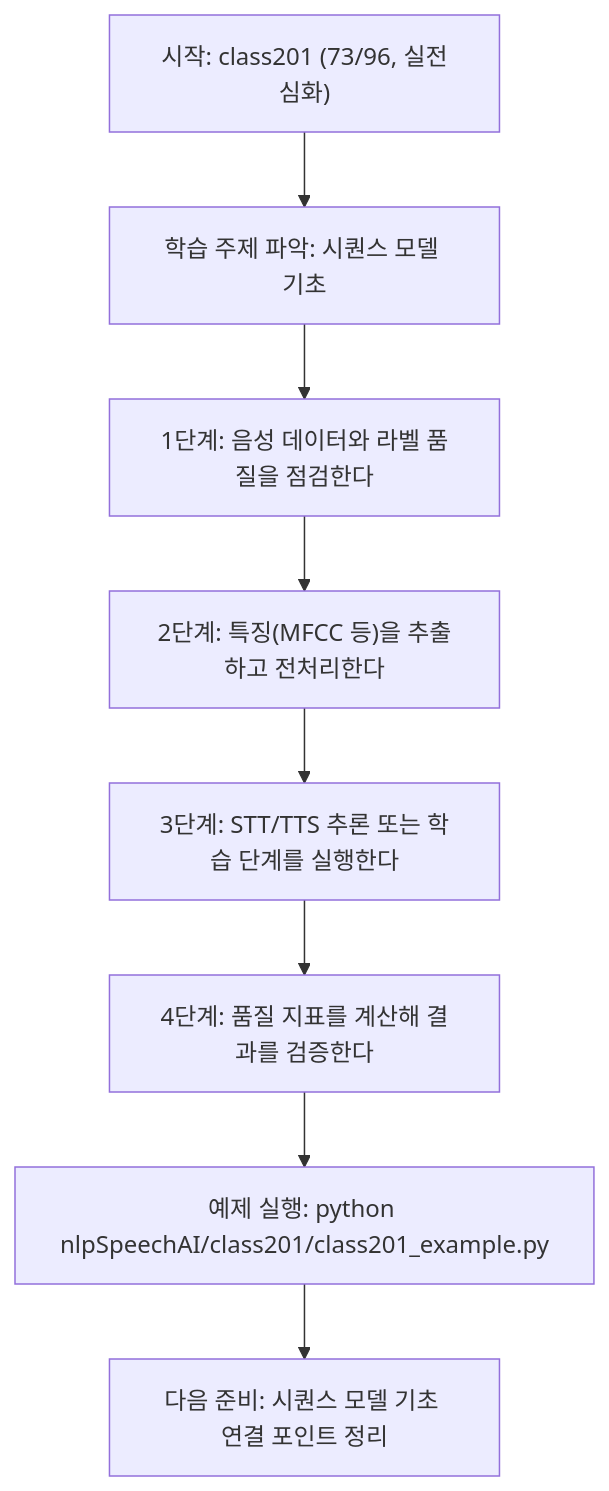
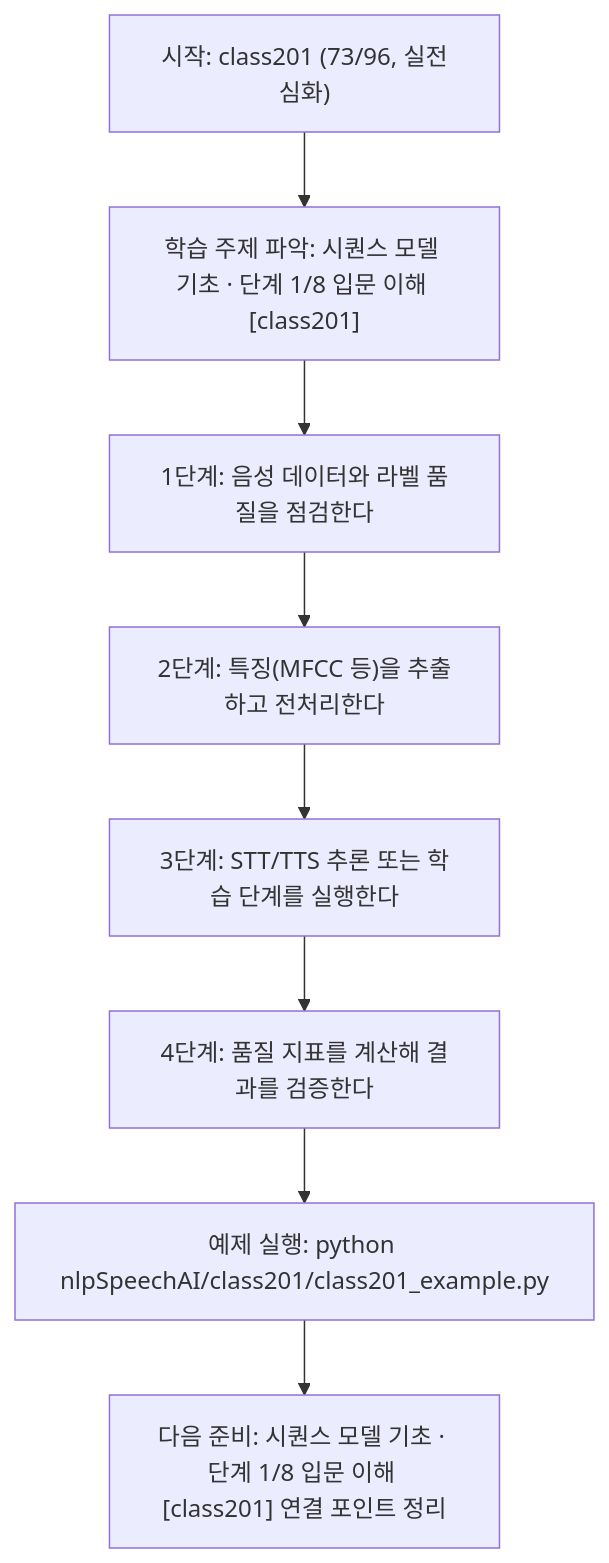
One commit to edumgt/Python-AI_Agent-Class changed the diagram in nlpSpeechAI/class201/class201.md. Above: the diagram before and after it, drawn with Mermaid. The commit also changed other lines of this file and 522 other files, not shown here.

````diff
--- a/nlpSpeechAI/class201/class201.md
+++ b/nlpSpeechAI/class201/class201.md
@@ -113,18 +114,18 @@
 ```mermaid
 flowchart TD
 N1["시작: class201 (73/96, 실전심화)"]
-N2["학습 주제 파악: 시퀀스 모델 기초"]
+N2["학습 주제 파악: 시퀀스 모델 기초 · 단계 1/8 입문 이해 [class201]"]
 N3["1단계: 음성 데이터와 라벨 품질을 점검한다"]
 N4["2단계: 특징(MFCC 등)을 추출하고 전처리한다"]
 N5["3단계: STT/TTS 추론 또는 학습 단계를 실행한다"]
 N6["4단계: 품질 지표를 계산해 결과를 검증한다"]
 N7["예제 실행: python nlpSpeechAI/class201/class201_example.py"]
-N8["다음 준비: 시퀀스 모델 기초 연결 포인트 정리"]
+N8["다음 준비: 시퀀스 모델 기초 · 단계 1/8 입문 이해 [class201] 연결 포인트 정리"]
 N1 --> N2
 N2 --> N3
 N3 --> N4
 N4 --> N5
 N5 --> N6
 N6 --> N7
 N7 --> N8
 ```
````
